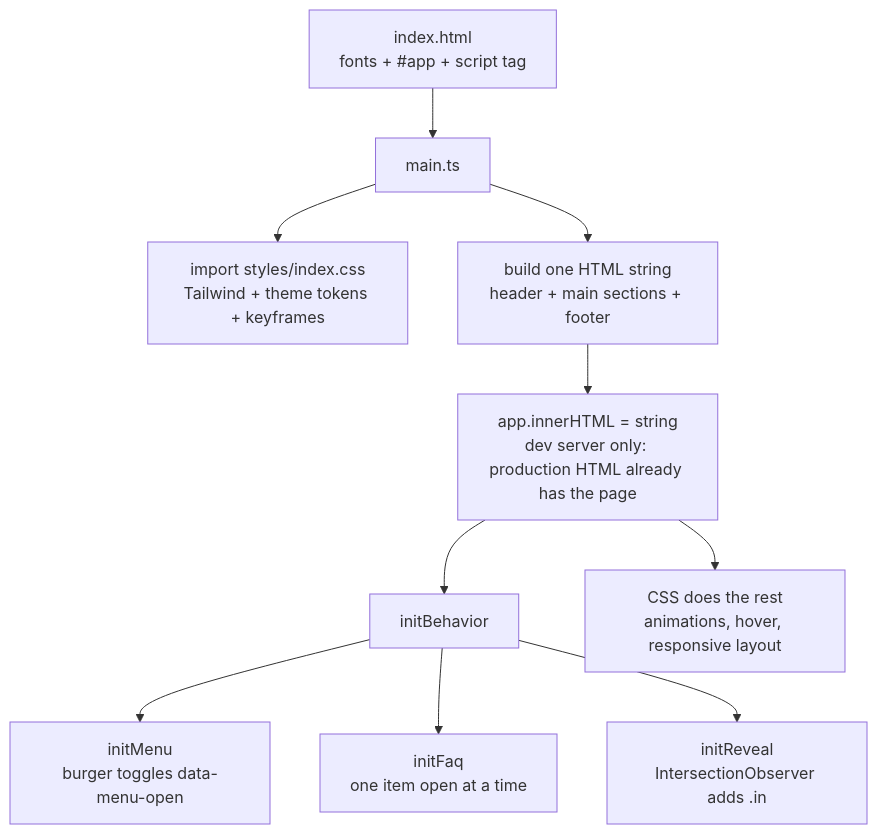
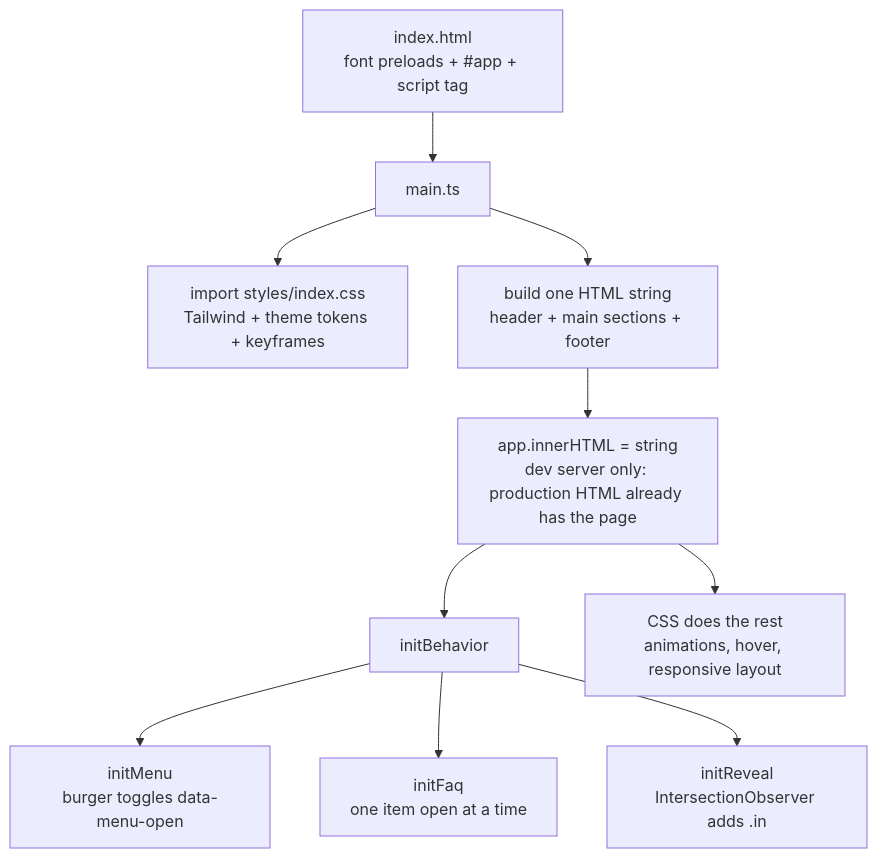
The first of 6 diagrams in docs/ARCHITECTURE.md (princesatapathy/Lumen-and-co), drawn with Mermaid before and after one commit. The commit also changed 12 other files, not shown here.

````diff
--- a/docs/ARCHITECTURE.md
+++ b/docs/ARCHITECTURE.md
@@ -17,12 +17,12 @@
 ```mermaid
 flowchart TD
-  A[index.html<br/>fonts + #app + script tag] --> B[main.ts]
+  A[index.html<br/>font preloads + #app + script tag] --> B[main.ts]
   B --> C[import styles/index.css<br/>Tailwind + theme tokens + keyframes]
   B --> D[build one HTML string<br/>header + main sections + footer]
   D --> E[app.innerHTML = string<br/>dev server only: production HTML already has the page]
   E --> F[initBehavior]
   F --> F1[initMenu<br/>burger toggles data-menu-open]
   F --> F2[initFaq<br/>one item open at a time]
   F --> F3[initReveal<br/>IntersectionObserver adds .in]
   E --> G[CSS does the rest<br/>animations, hover, responsive layout]
 ```
````
